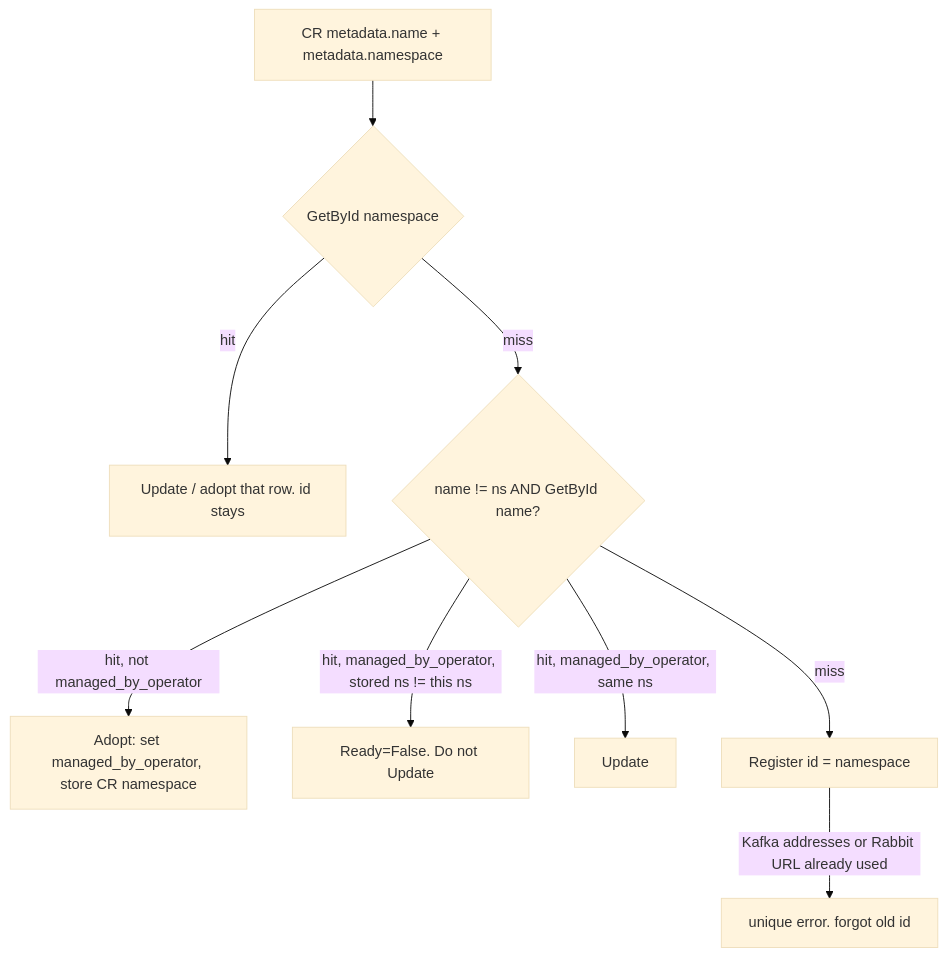
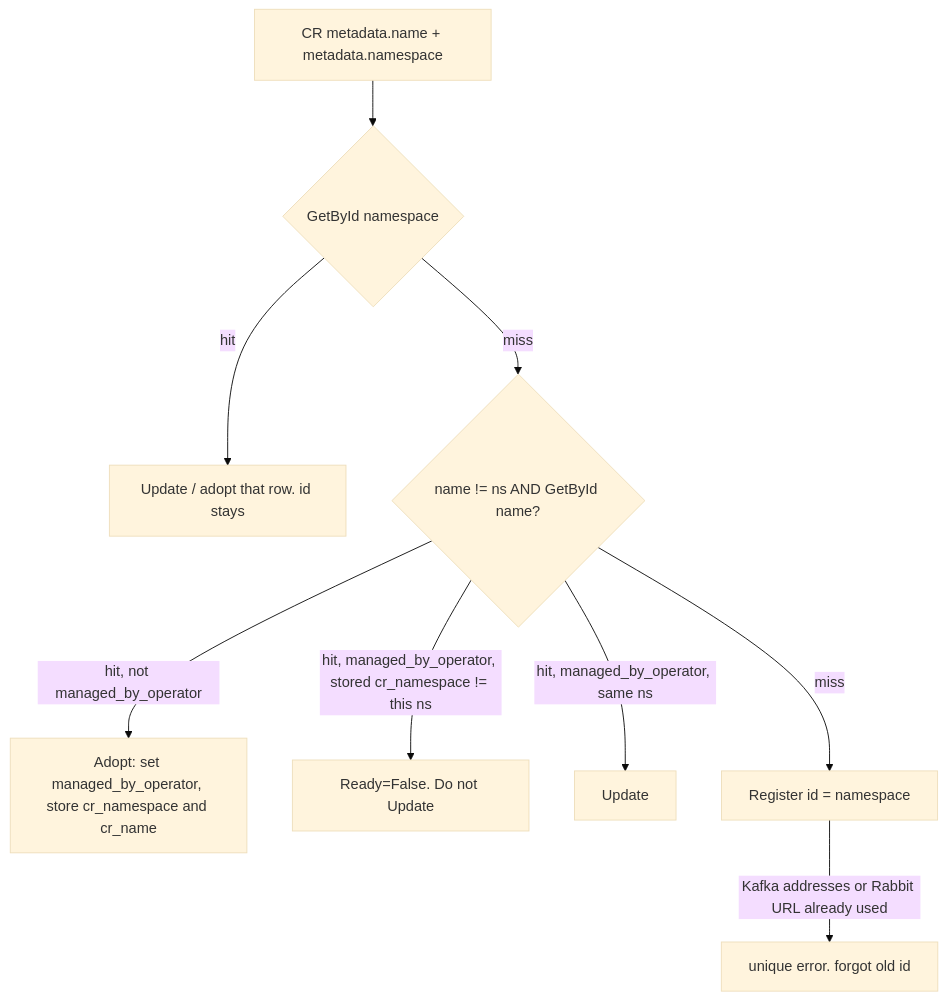
One commit to Netcracker/qubership-maas changed the ninth of 14 diagrams in docs/operator_design.md. Above: the diagram before and after it, drawn with Mermaid (base theme). The commit also changed other lines of this file and 21 other files, not shown here.

````diff
--- a/docs/operator_design.md
+++ b/docs/operator_design.md
@@ -1390,12 +1425,12 @@
 ```mermaid
 flowchart TD
   cr["CR metadata.name + metadata.namespace"]
   cr --> byNs{"GetById namespace"}
   byNs -->|hit| sameNs["Update / adopt that row. id stays"]
   byNs -->|miss| byName{"name != ns AND GetById name?"}
-  byName -->|hit, not managed_by_operator| migr["Adopt: set managed_by_operator, store CR namespace"]
-  byName -->|"hit, managed_by_operator, stored ns != this ns"| deny["Ready=False. Do not Update"]
+  byName -->|hit, not managed_by_operator| migr["Adopt: set managed_by_operator, store cr_namespace and cr_name"]
+  byName -->|"hit, managed_by_operator, stored cr_namespace != this ns"| deny["Ready=False. Do not Update"]
   byName -->|"hit, managed_by_operator, same ns"| upd["Update"]
   byName -->|miss| reg["Register id = namespace"]
   reg -->|Kafka addresses or Rabbit URL already used| uniq["unique error. forgot old id"]
 ```
````
